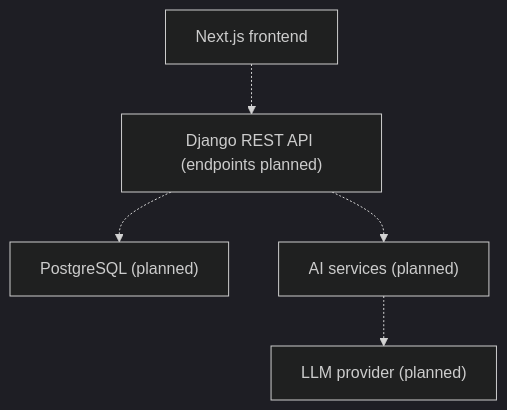
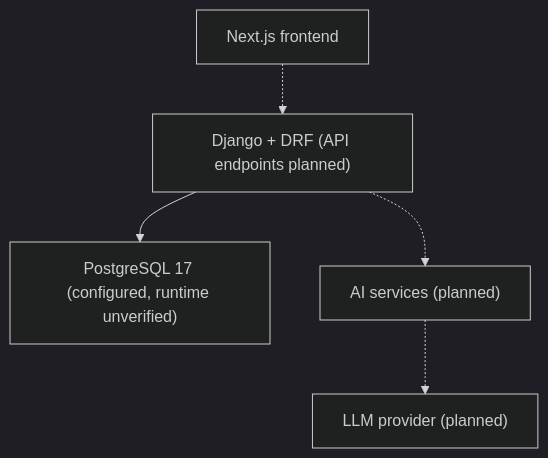
The diagram in docs/architecture/overview.md (isazadesabuhi/ai-customer-support), drawn with Mermaid (dark theme) before and after one commit. The commit also changed other lines of this file and 27 other files, not shown here.

First line of the commit message:
feat(backend): configure PostgreSQL for local development

````diff
--- a/docs/architecture/overview.md
+++ b/docs/architecture/overview.md
@@ -7,12 +7,12 @@
 ```mermaid
 flowchart TD
     Frontend["Next.js frontend"]
-    Backend["Django REST API (endpoints planned)"]
-    Database["PostgreSQL (planned)"]
+    Backend["Django + DRF (API endpoints planned)"]
+    Database["PostgreSQL 17 (configured, runtime unverified)"]
     AI["AI services (planned)"]
     Provider["LLM provider (planned)"]
     Frontend -.-> Backend
-    Backend -.-> Database
+    Backend --> Database
     Backend -.-> AI
     AI -.-> Provider
 ```
````
